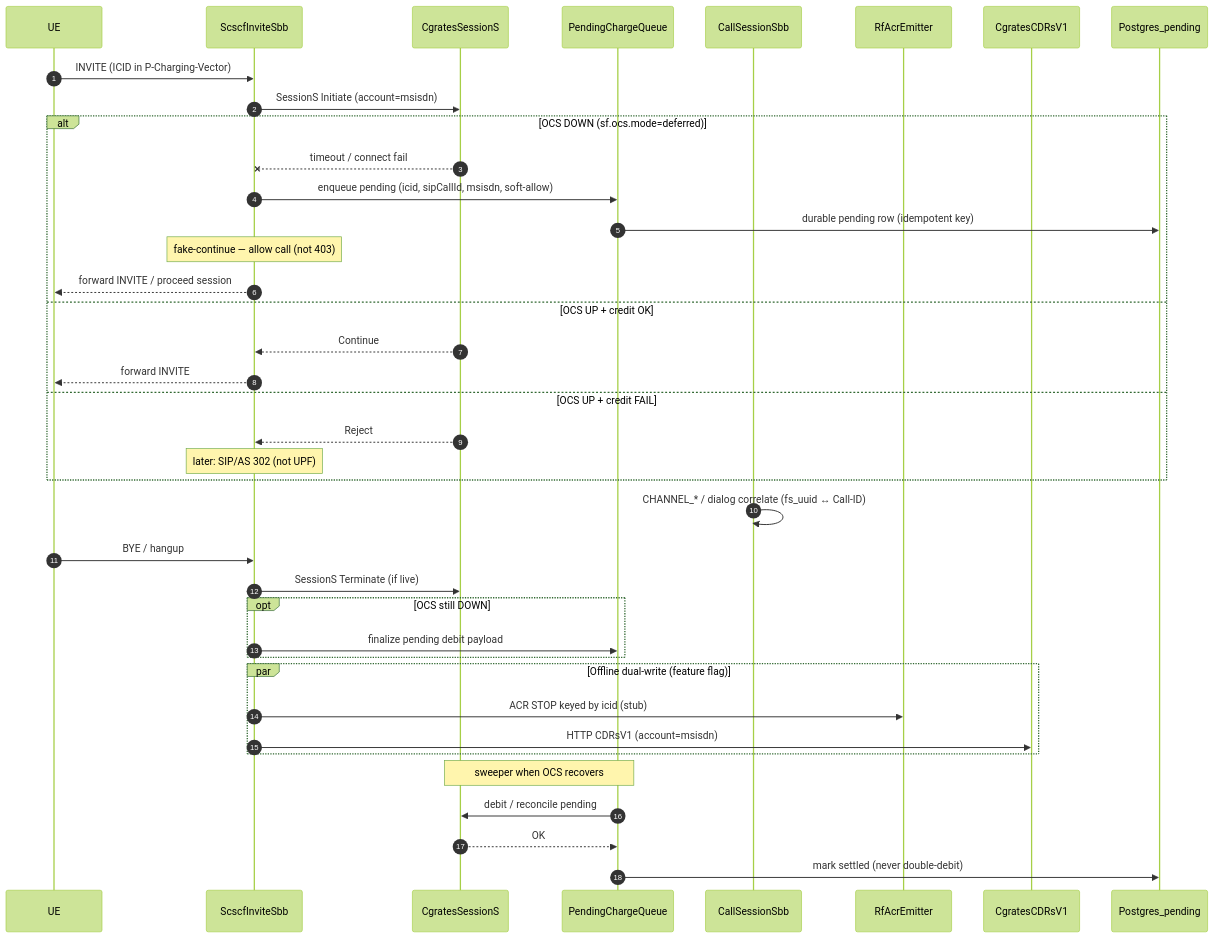
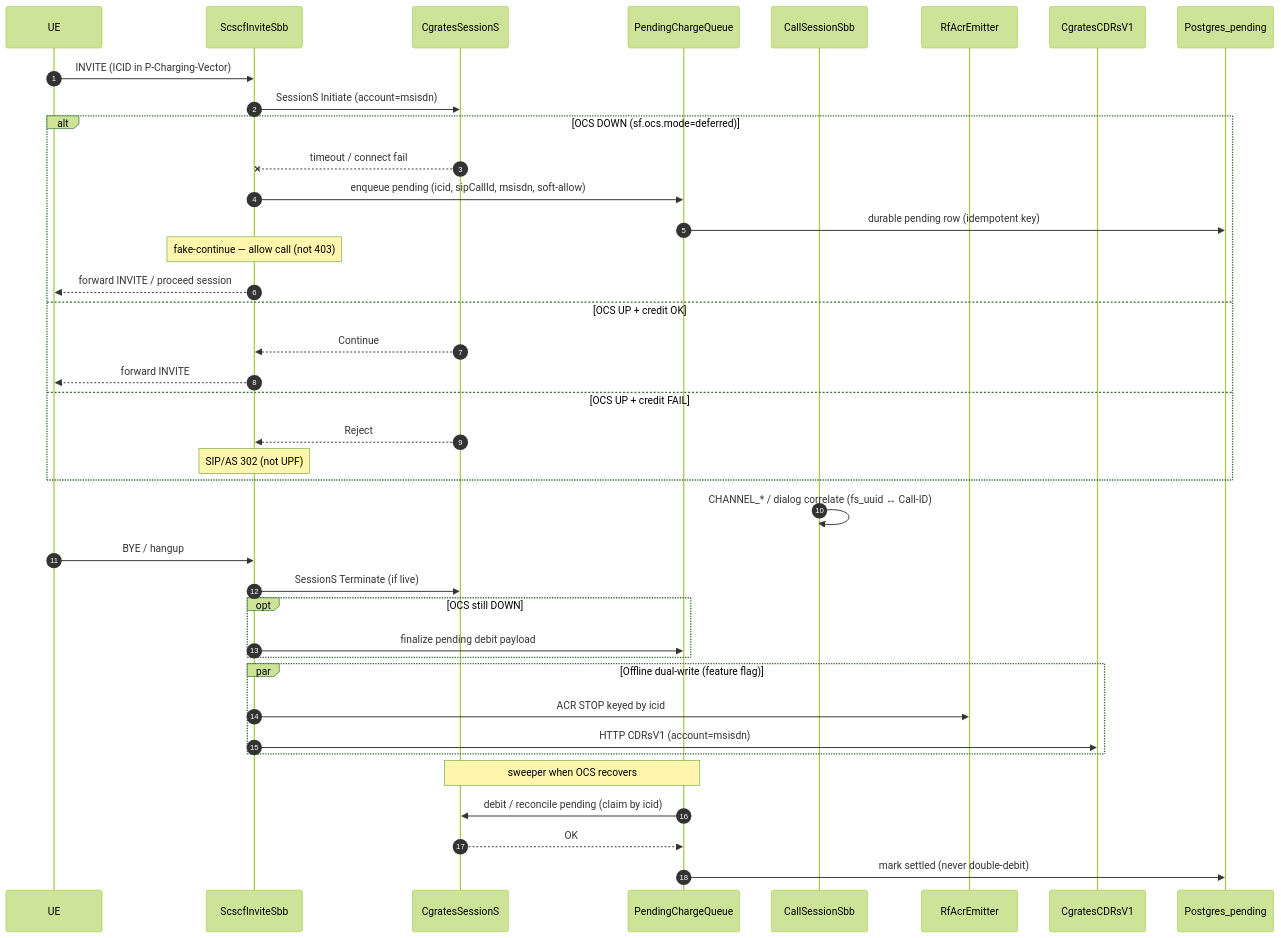
One commit to nhanth87/sip-freeswitch changed the diagram in docs/agents/elisa-improve-plan.md. Above: the diagram before and after it, drawn with Mermaid (forest theme). The commit also changed other lines of this file and 77 other files, not shown here.

````diff
--- a/docs/agents/elisa-improve-plan.md
+++ b/docs/agents/elisa-improve-plan.md
@@ -35,45 +35,45 @@
 ```mermaid
 sequenceDiagram
   autonumber
   participant UE as UE
   participant S as ScscfInviteSbb
   participant OCS as CgratesSessionS
   participant Q as PendingChargeQueue
   participant CS as CallSessionSbb
   participant Rf as RfAcrEmitter
   participant CDR as CgratesCDRsV1
   participant PG as Postgres_pending
 
   UE->>S: INVITE (ICID in P-Charging-Vector)
   S->>OCS: SessionS Initiate (account=msisdn)
   alt OCS DOWN (sf.ocs.mode=deferred)
     OCS--xS: timeout / connect fail
     S->>Q: enqueue pending (icid, sipCallId, msisdn, soft-allow)
     Q->>PG: durable pending row (idempotent key)
     Note over S: fake-continue — allow call (not 403)
     S-->>UE: forward INVITE / proceed session
   else OCS UP + credit OK
     OCS-->>S: Continue
     S-->>UE: forward INVITE
   else OCS UP + credit FAIL
     OCS-->>S: Reject
-    Note over S: later: SIP/AS 302 (not UPF)
+    Note over S: SIP/AS 302 (not UPF)
   end
 
   CS->>CS: CHANNEL_* / dialog correlate (fs_uuid ↔ Call-ID)
   UE->>S: BYE / hangup
   S->>OCS: SessionS Terminate (if live)
   opt OCS still DOWN
     S->>Q: finalize pending debit payload
   end
 
   par Offline dual-write (feature flag)
-    S->>Rf: ACR STOP keyed by icid (stub)
+    S->>Rf: ACR STOP keyed by icid
     S->>CDR: HTTP CDRsV1 (account=msisdn)
   end
 
   Note over Q,OCS: sweeper when OCS recovers
-  Q->>OCS: debit / reconcile pending
+  Q->>OCS: debit / reconcile pending (claim by icid)
   OCS-->>Q: OK
   Q->>PG: mark settled (never double-debit)
 ```
````
